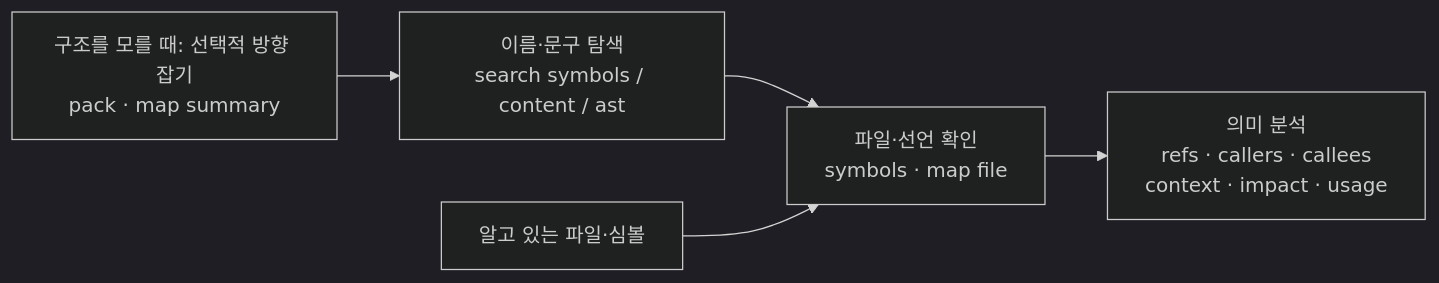
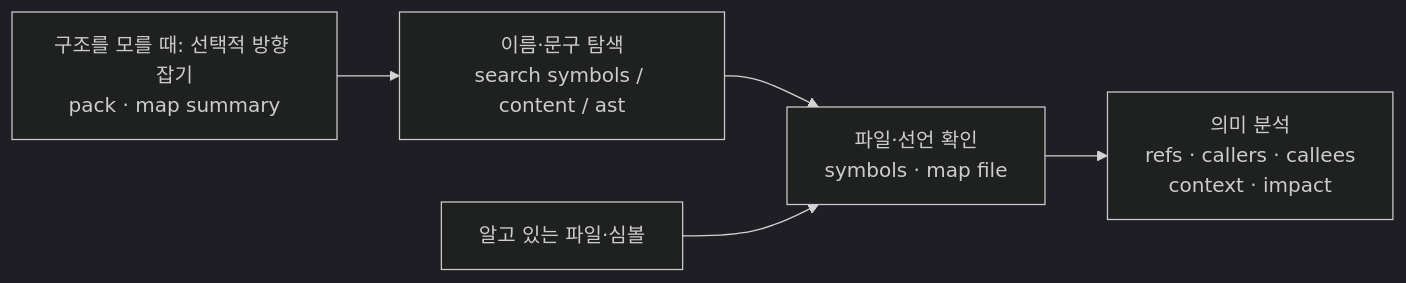
Before and after one commit to junyeong-ai/symora: the second of 2 diagrams in README.md, drawn with Mermaid (dark theme). The commit also changed other lines of this file and 17 other files, not shown here.

````diff
--- a/README.md
+++ b/README.md
@@ -97,7 +97,7 @@
 ```mermaid
 flowchart LR
     O["구조를 모를 때: 선택적 방향 잡기<br/>pack · map summary"] --> D["이름·문구 탐색<br/>search symbols / content / ast"]
     D --> I["파일·선언 확인<br/>symbols · map file"]
     K["알고 있는 파일·심볼"] --> I
-    I --> X["의미 분석<br/>refs · callers · callees<br/>context · impact · usage"]
+    I --> X["의미 분석<br/>refs · callers · callees<br/>context · impact"]
 ```
````
